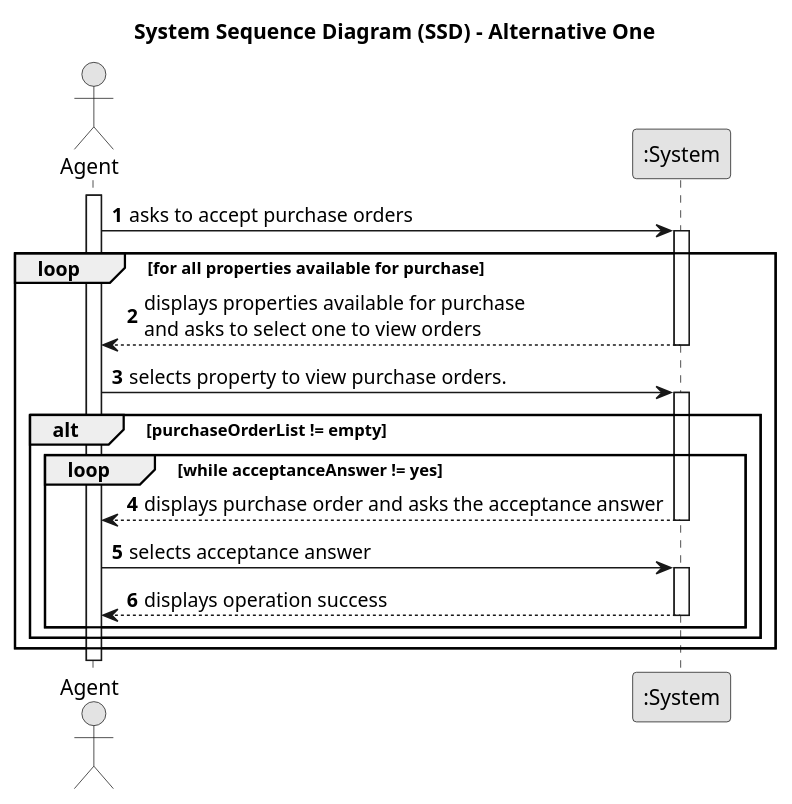
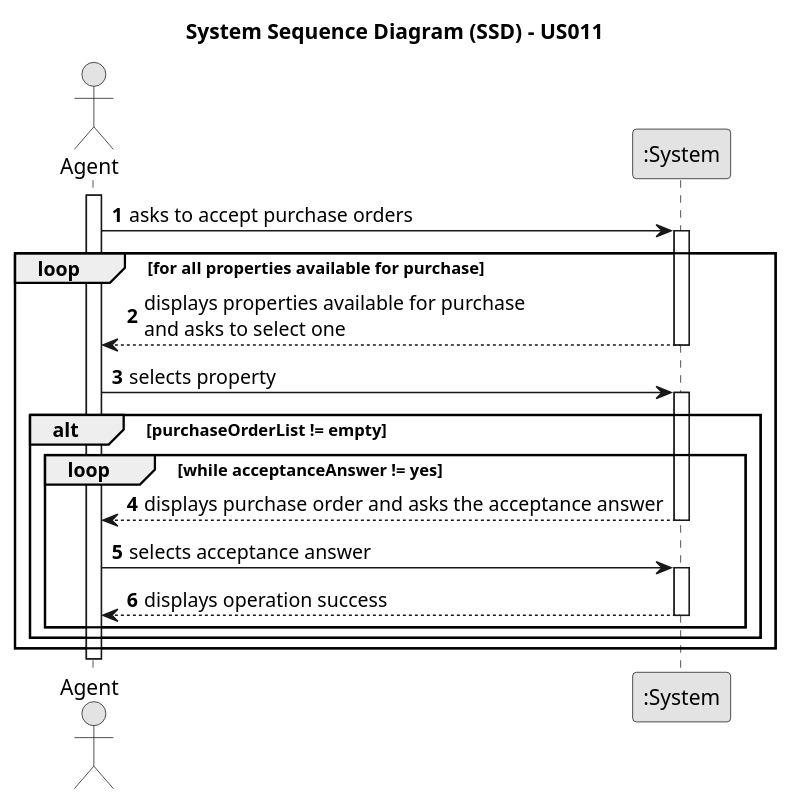
The diagram in docs/sprintC/us011/01.requirements-engineering/puml/us011-system-sequence-diagram-alternative-one.puml (rita-barbosa/LAPR2-2223), drawn with PlantUML before and after one commit. The commit also changed 21 other files, not shown here.

```diff
--- a/docs/sprintC/us011/01.requirements-engineering/puml/us011-system-sequence-diagram-alternative-one.puml
+++ b/docs/sprintC/us011/01.requirements-engineering/puml/us011-system-sequence-diagram-alternative-one.puml
@@ -1,44 +1,42 @@
 @startuml
 skinparam monochrome true
 skinparam packageStyle rectangle
 skinparam shadowing false
 
-title System Sequence Diagram (SSD) - Alternative One
+title System Sequence Diagram (SSD) - US011
 
 autonumber
 
 actor "Agent" as Agent
 participant ":System" as System
 
 activate Agent
-
     Agent -> System : asks to accept purchase orders
     activate System
 
     loop for all properties available for purchase
 
-    System --> Agent : displays properties available for purchase \nand asks to select one to view orders
+    System --> Agent : displays properties available for purchase \nand asks to select one
     deactivate System
 
-    Agent -> System : selects property to view purchase orders.
+    Agent -> System : selects property
     activate System
 
     alt purchaseOrderList != empty
     loop while acceptanceAnswer != yes
 
     System -->  Agent: displays purchase order and asks the acceptance answer
     deactivate System
 
     Agent -> System  : selects acceptance answer
     activate System
 
     System --> Agent : displays operation success
     deactivate System
 
     end loop
     end alt
     end loop
 
-
-
+deactivate Agent
 @enduml
```
